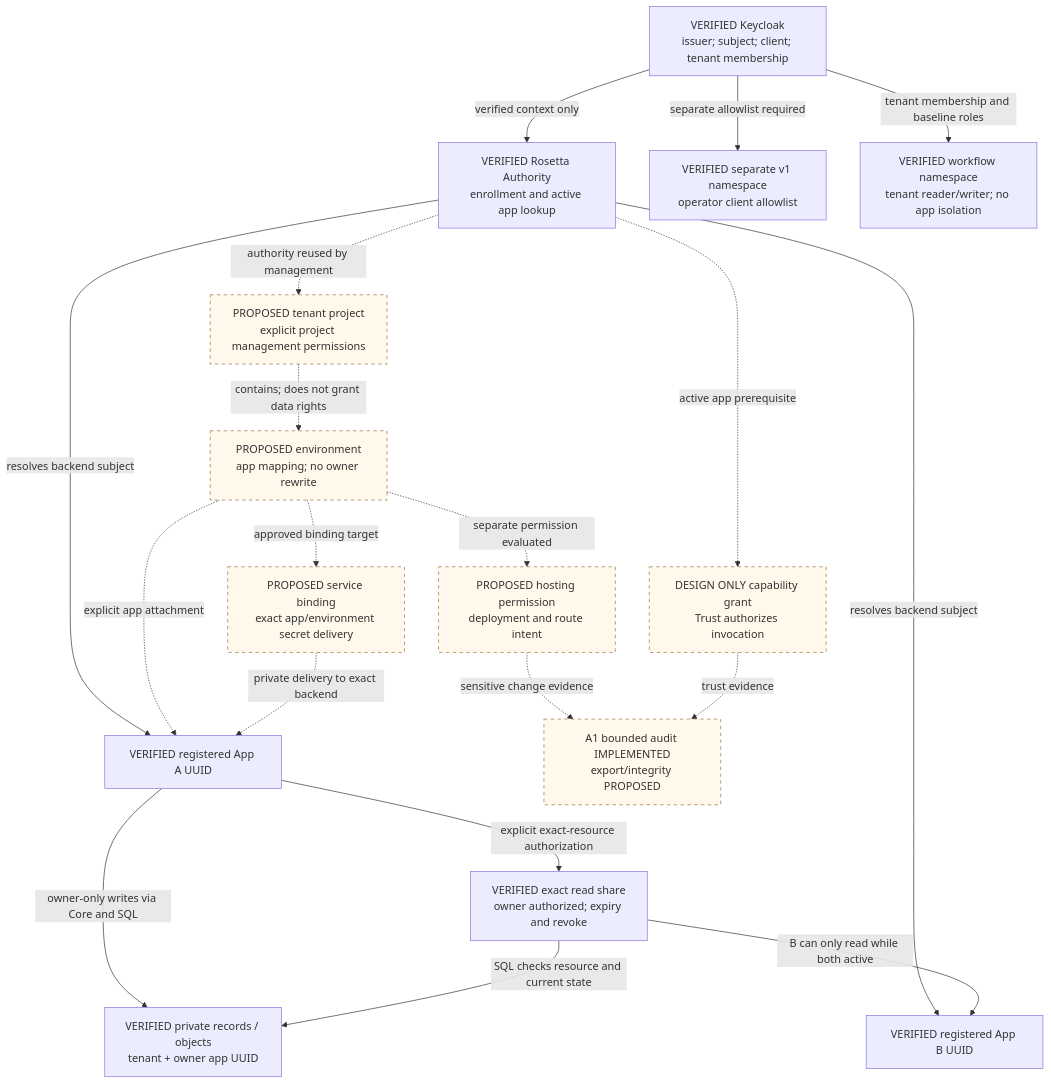
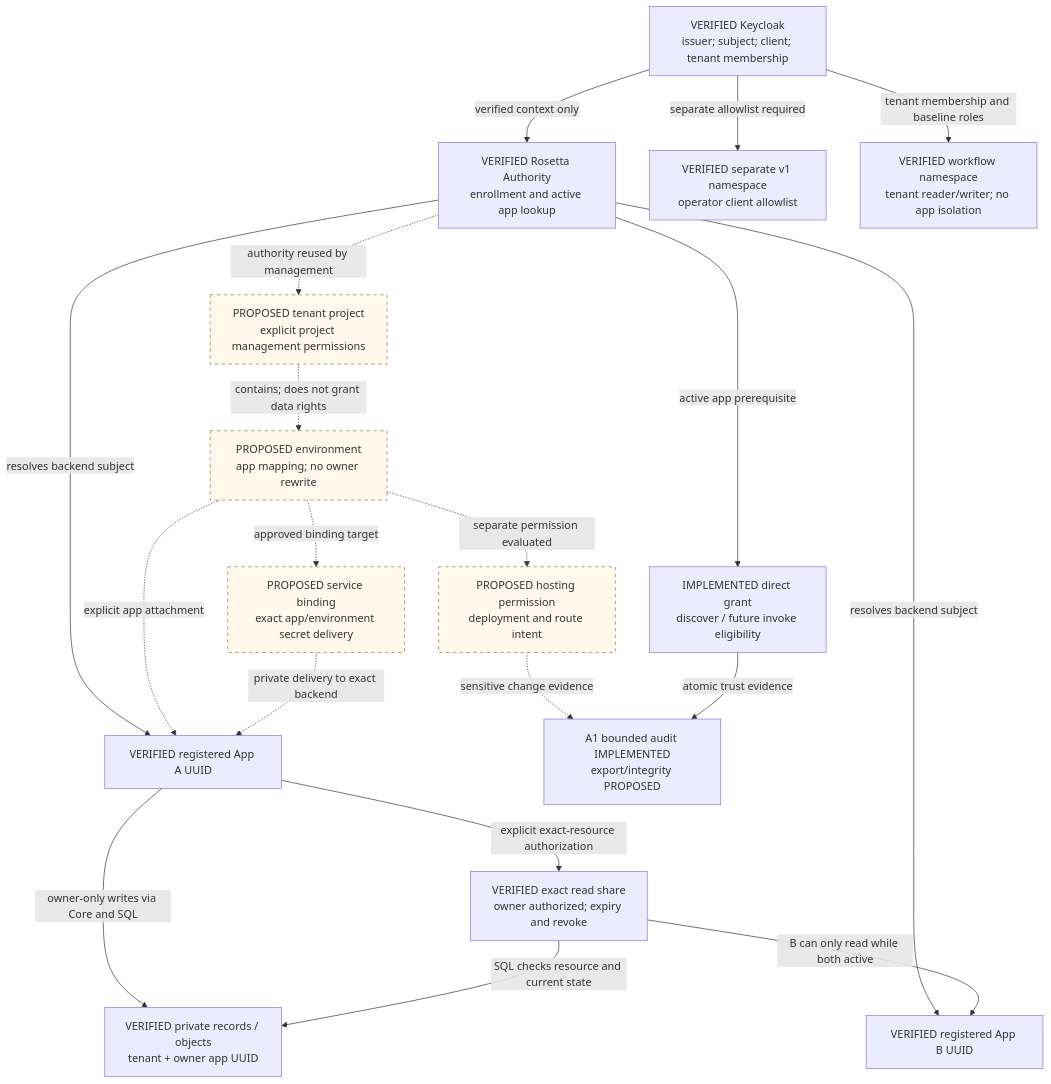
One commit to NHMNDaizoken/Rosetta changed the fifth of 8 diagrams in docs/architecture/ARCHITECTURE_MAPS.md. Above: the diagram before and after it, drawn with Mermaid. The commit also changed other lines of this file and 25 other files, not shown here.

Commit message:
feat(trust): authorize exact discovery and live invocation eligibility

````diff
--- a/docs/architecture/ARCHITECTURE_MAPS.md
+++ b/docs/architecture/ARCHITECTURE_MAPS.md
@@ -171,37 +178,37 @@
 ```mermaid
 flowchart TB
   ID["VERIFIED Keycloak<br/>issuer; subject; client; tenant membership"]
   AUTH["VERIFIED Rosetta Authority<br/>enrollment and active app lookup"]
   A["VERIFIED registered App A UUID"]
   B["VERIFIED registered App B UUID"]
   REC["VERIFIED private records / objects<br/>tenant + owner app UUID"]
   SHARE["VERIFIED exact read share<br/>owner authorized; expiry and revoke"]
   LEG["VERIFIED separate v1 namespace<br/>operator client allowlist"]
   WF["VERIFIED workflow namespace<br/>tenant reader/writer; no app isolation"]
   PROJ["PROPOSED tenant project<br/>explicit project management permissions"]
   ENV["PROPOSED environment<br/>app mapping; no owner rewrite"]
   HOST["PROPOSED hosting permission<br/>deployment and route intent"]
   SEC["PROPOSED service binding<br/>exact app/environment secret delivery"]
-  TRUST["DESIGN ONLY capability grant<br/>Trust authorizes invocation"]
+  TRUST["IMPLEMENTED direct grant<br/>discover / future invoke eligibility"]
   AUDIT["A1 bounded audit IMPLEMENTED<br/>export/integrity PROPOSED"]
   ID -->|verified context only| AUTH
   AUTH -->|resolves backend subject| A
   AUTH -->|resolves backend subject| B
   A -->|owner-only writes via Core and SQL| REC
   A -->|explicit exact-resource authorization| SHARE
   SHARE -->|B can only read while both active| B
   SHARE -->|SQL checks resource and current state| REC
   ID -->|separate allowlist required| LEG
   ID -->|tenant membership and baseline roles| WF
   AUTH -.->|authority reused by management| PROJ
   PROJ -.->|contains; does not grant data rights| ENV
   ENV -.->|explicit app attachment| A
   ENV -.->|separate permission evaluated| HOST
   ENV -.->|approved binding target| SEC
   SEC -.->|private delivery to exact backend| A
-  AUTH -.->|active app prerequisite| TRUST
+  AUTH -->|active app prerequisite| TRUST
   HOST -.->|sensitive change evidence| AUDIT
-  TRUST -.->|trust evidence| AUDIT
+  TRUST -->|atomic trust evidence| AUDIT
   classDef future fill:#fff8eb,stroke:#92734b,stroke-dasharray:5 5
-  class PROJ,ENV,HOST,SEC,TRUST,AUDIT future
+  class PROJ,ENV,HOST,SEC future
 ```
````
